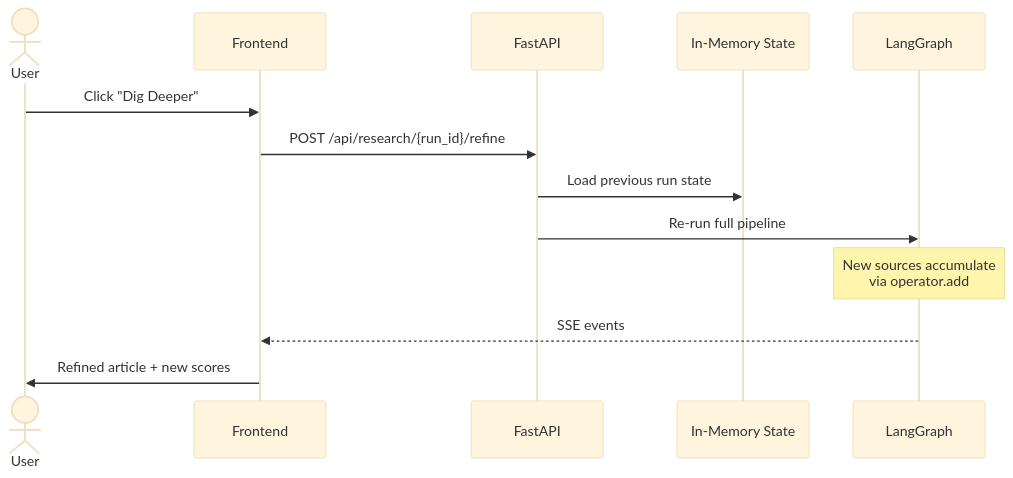
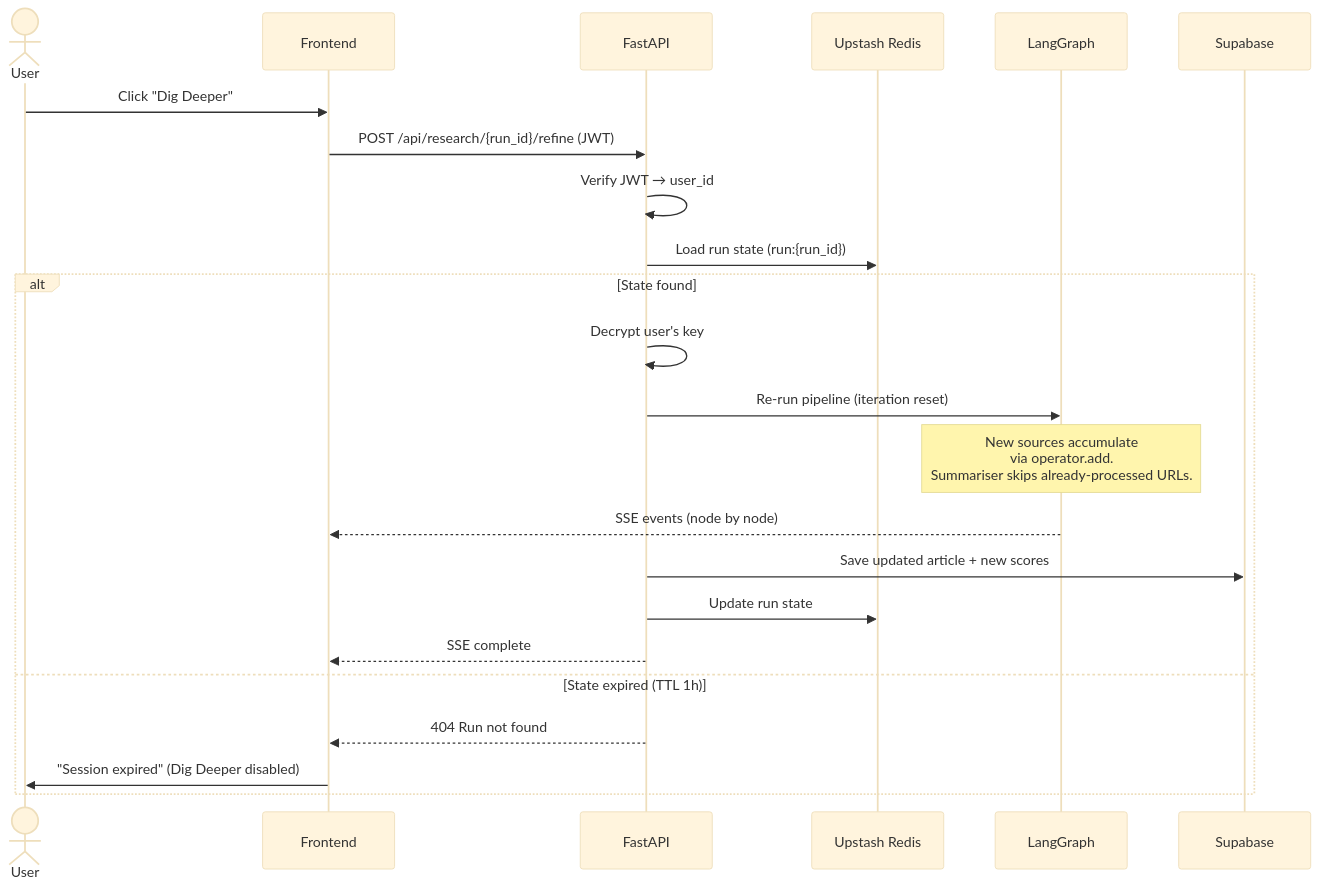
The sixth of 8 diagrams in README.md (valyndsilva/lumen), drawn with Mermaid (base theme) before and after one commit. The commit also changed other lines of this file, not shown here.

````diff
--- a/README.md
+++ b/README.md
@@ -218,18 +313,30 @@
 ```mermaid
 sequenceDiagram
     actor User
     participant FE as Frontend
     participant API as FastAPI
-    participant State as In-Memory State
+    participant Redis as Upstash Redis
     participant Graph as LangGraph
+    participant DB as Supabase
 
     User->>FE: Click "Dig Deeper"
-    FE->>API: POST /api/research/{run_id}/refine
-    API->>State: Load previous run state
-    API->>Graph: Re-run full pipeline
+    FE->>API: POST /api/research/{run_id}/refine (JWT)
 
-    Note over Graph: New sources accumulate<br/>via operator.add
+    API->>API: Verify JWT → user_id
+    API->>Redis: Load run state (run:{run_id})
 
-    Graph-->>FE: SSE events
-    FE->>User: Refined article + new scores
+    alt State found
+        API->>API: Decrypt user's key
+        API->>Graph: Re-run pipeline (iteration reset)
+
+        Note over Graph: New sources accumulate<br/>via operator.add.<br/>Summariser skips already-processed URLs.
+
+        Graph-->>FE: SSE events (node by node)
+        API->>DB: Save updated article + new scores
+        API->>Redis: Update run state
+        API-->>FE: SSE complete
+    else State expired (TTL 1h)
+        API-->>FE: 404 Run not found
+        FE->>User: "Session expired" (Dig Deeper disabled)
+    end
 ```
````
